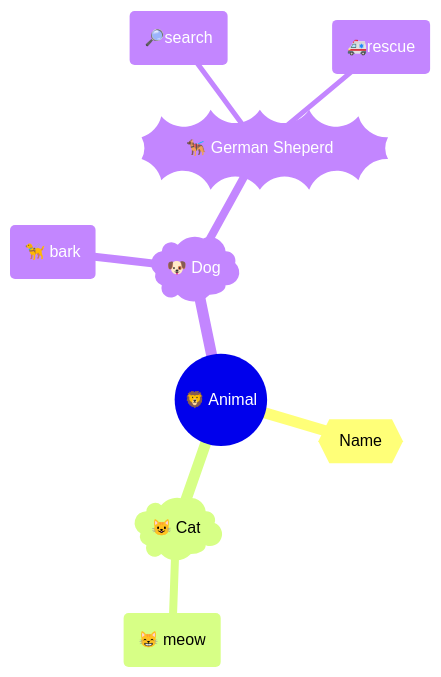
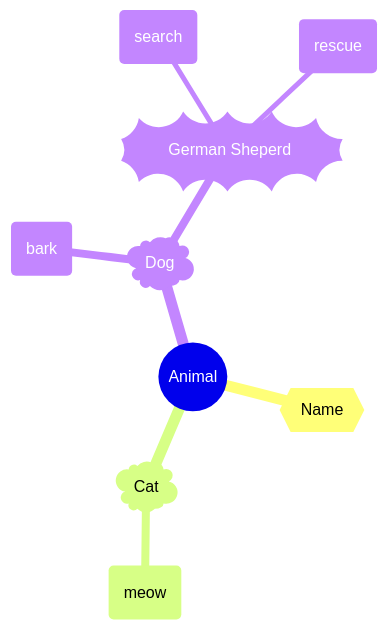
Before and after one commit to aruncs31s/Coding-Notes: the second of 9 diagrams in Python/Concepts/Object Oriented Programming Python.md, drawn with Mermaid. The commit also changed other lines of this file and 45 other files, not shown here.

````diff
--- a/Python/Concepts/Object Oriented Programming Python.md
+++ b/Python/Concepts/Object Oriented Programming Python.md
@@ -412,14 +412,14 @@
 ```mermaid
 mindmap
-	root((🦁 Animal))
+	root(( Animal))
 		{{Name}}
-		)😺 Cat(
-			(😸 meow)
-		)🐶 Dog(
-			(🦮 bark)
-			))🐕‍🦺 German Sheperd((
-				(🔎search)
-				(🚑rescue)
+		) Cat(
+			( meow)
+		) Dog(
+			( bark)
+			))‍ German Sheperd((
+				(search)
+				(rescue)
     
 
 ```
````
